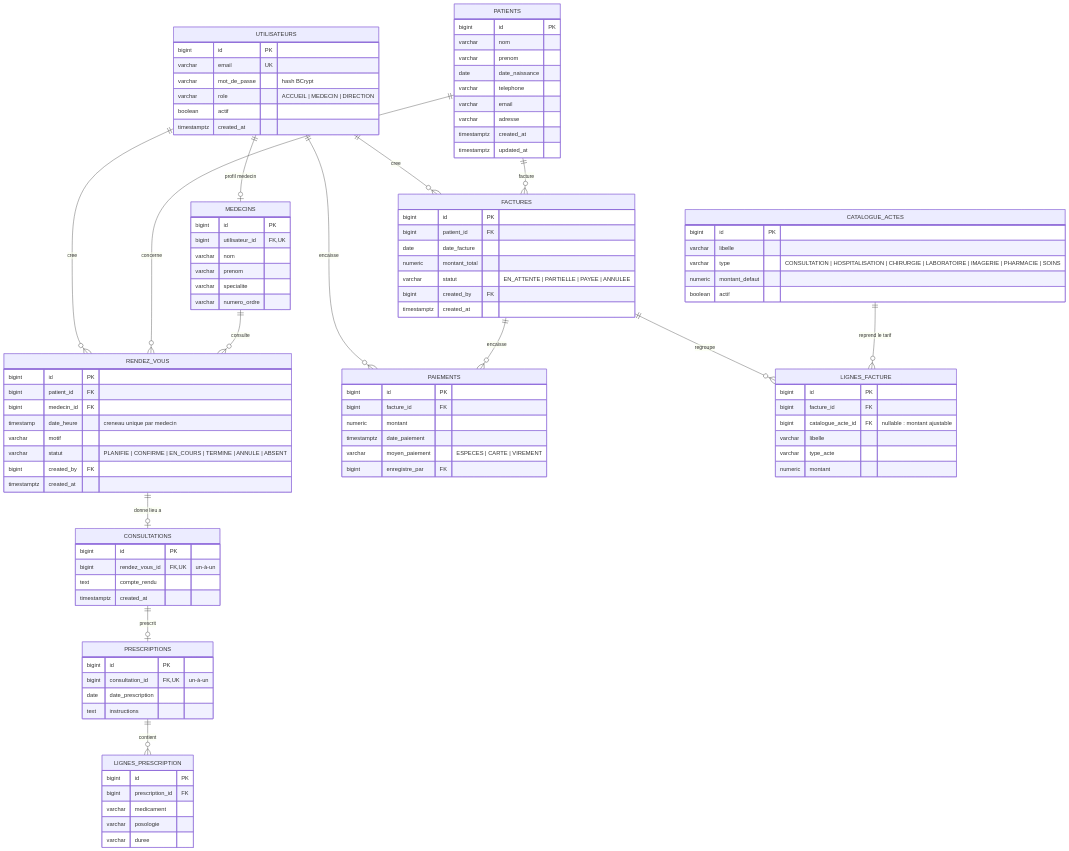
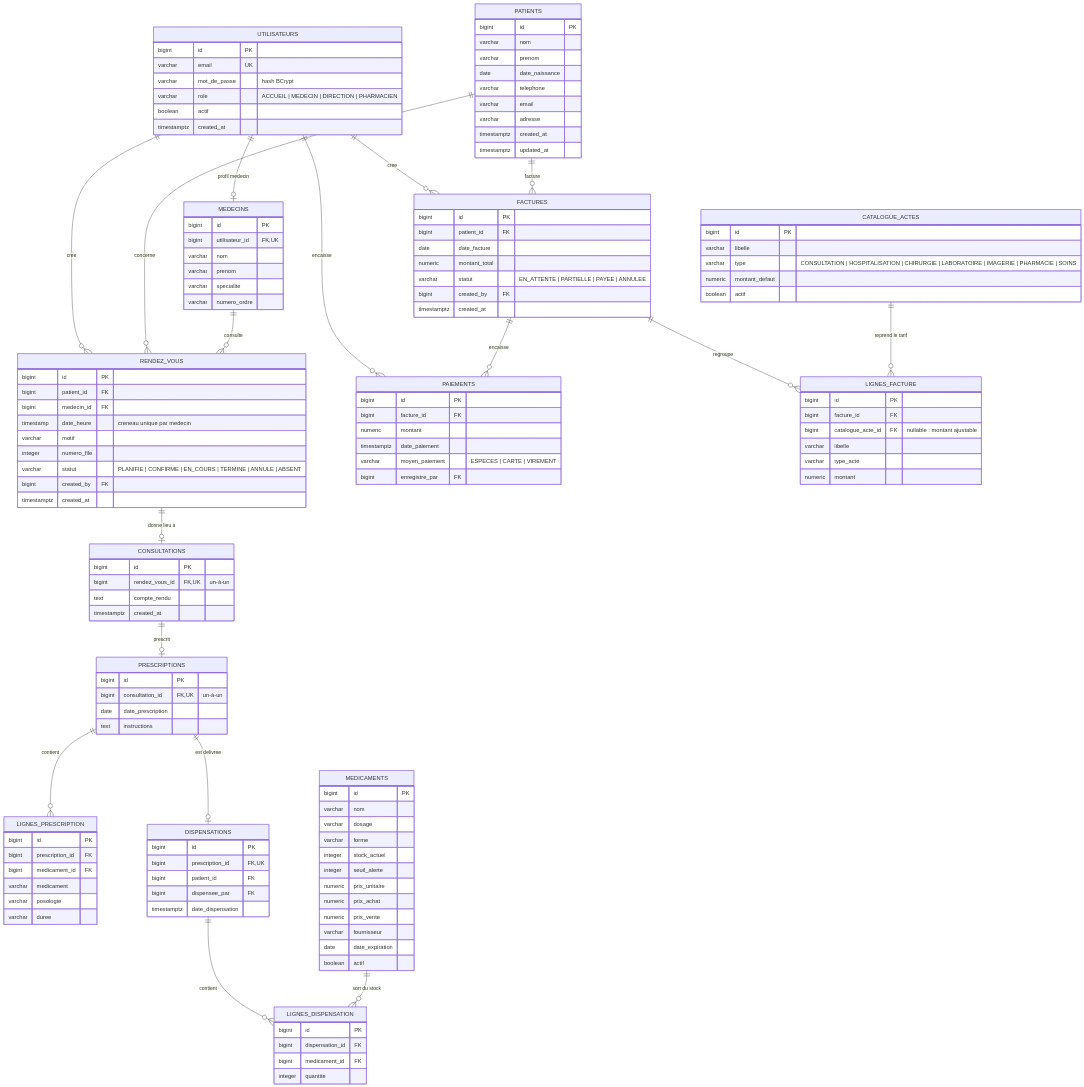
One commit to maminelalle/medical-cabinet-management changed the diagram in SCHEMA-BDD.md. Above: the diagram before and after it, drawn with Mermaid. The commit also changed other lines of this file and 125 other files, not shown here.

```diff
--- a/SCHEMA-BDD.md
+++ b/SCHEMA-BDD.md
@@ -23,6 +29,9 @@
     RENDEZ_VOUS ||--o| CONSULTATIONS : "donne lieu a"
     CONSULTATIONS ||--o| PRESCRIPTIONS : "prescrit"
     PRESCRIPTIONS ||--o{ LIGNES_PRESCRIPTION : "contient"
+    PRESCRIPTIONS ||--o| DISPENSATIONS : "est delivree"
+    DISPENSATIONS ||--o{ LIGNES_DISPENSATION : "contient"
+    MEDICAMENTS ||--o{ LIGNES_DISPENSATION : "sort du stock"
     FACTURES ||--o{ LIGNES_FACTURE : "regroupe"
     FACTURES ||--o{ PAIEMENTS : "encaisse"
     CATALOGUE_ACTES ||--o{ LIGNES_FACTURE : "reprend le tarif"
@@ -31,7 +40,7 @@
         bigint id PK
         varchar email UK
         varchar mot_de_passe "hash BCrypt"
-        varchar role "ACCUEIL | MEDECIN | DIRECTION"
+        varchar role "ACCUEIL | MEDECIN | DIRECTION | PHARMACIEN"
         boolean actif
         timestamptz created_at
     }
@@ -60,6 +69,7 @@
         bigint medecin_id FK
         timestamp date_heure "creneau unique par medecin"
         varchar motif
+        integer numero_file
         varchar statut "PLANIFIE | CONFIRME | EN_COURS | TERMINE | ANNULE | ABSENT"
         bigint created_by FK
         timestamptz created_at
@@ -79,9 +89,37 @@
     LIGNES_PRESCRIPTION {
         bigint id PK
         bigint prescription_id FK
+        bigint medicament_id FK
         varchar medicament
         varchar posologie
         varchar duree
+    }
+    MEDICAMENTS {
+        bigint id PK
+        varchar nom
+        varchar dosage
+        varchar forme
+        integer stock_actuel
+        integer seuil_alerte
+        numeric prix_unitaire
+        numeric prix_achat
+        numeric prix_vente
+        varchar fournisseur
+        date date_expiration
+        boolean actif
+    }
+    DISPENSATIONS {
+        bigint id PK
+        bigint prescription_id FK,UK
+        bigint patient_id FK
+        bigint dispensee_par FK
+        timestamptz date_dispensation
+    }
+    LIGNES_DISPENSATION {
+        bigint id PK
+        bigint dispensation_id FK
+        bigint medicament_id FK
+        integer quantite
     }
     CATALOGUE_ACTES {
         bigint id PK
```
